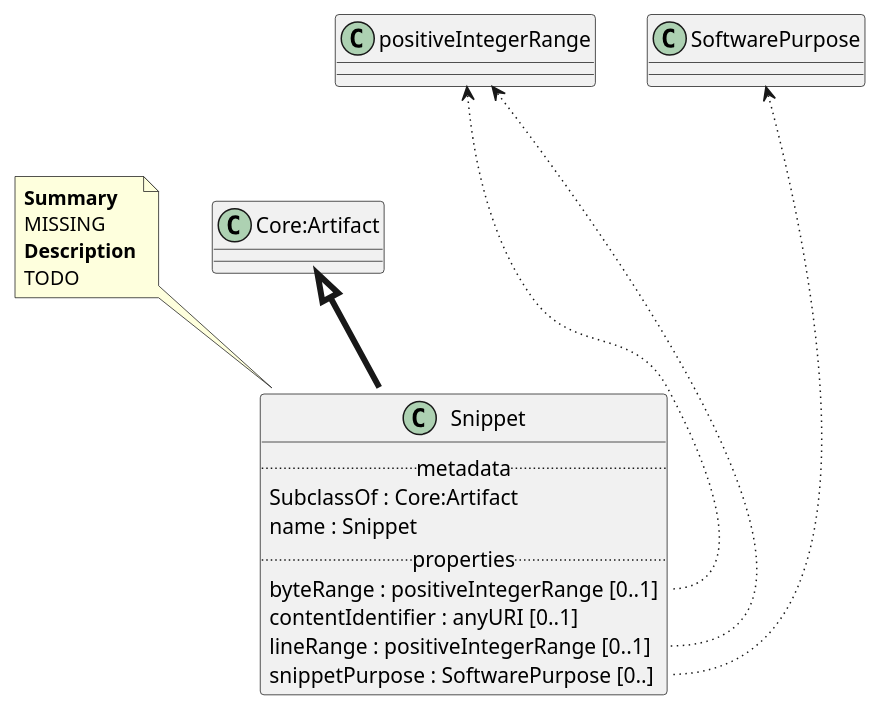
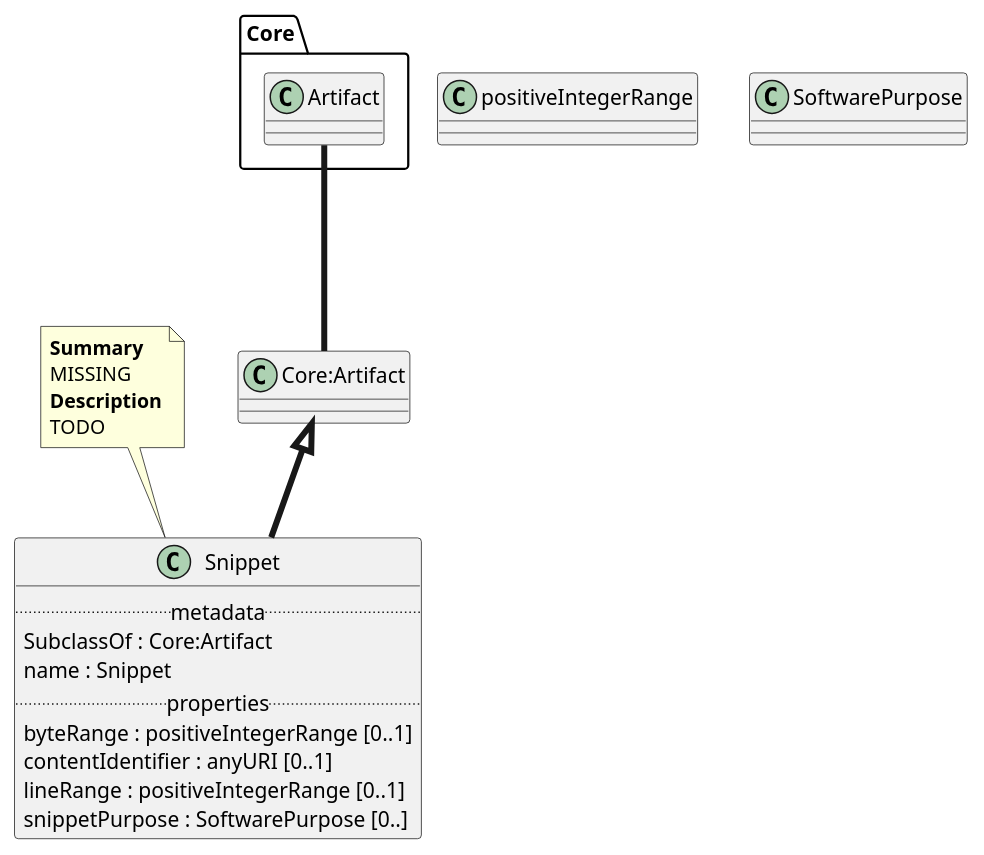
One commit to maxhbr/spec-parser.hs changed the diagram in puml/Snippet.Class.puml. Above: the diagram before and after it, drawn with PlantUML. The commit also changed 69 other files, not shown here.

```diff
--- a/puml/Snippet.Class.puml
+++ b/puml/Snippet.Class.puml
@@ -1,22 +1,24 @@
 @startuml
+set separator ::
 class Snippet {
 .. metadata ..
     SubclassOf : Core:Artifact
     name : Snippet
 .. properties ..
     byteRange : positiveIntegerRange [0..1]
     contentIdentifier : anyURI [0..1]
     lineRange : positiveIntegerRange [0..1]
     snippetPurpose : SoftwarePurpose [0..]
 }
 note top of Snippet
 <b>Summary</b>
 MISSING
 <b>Description</b>
 TODO
 end note
 "Core:Artifact" <|-[thickness=4]- "Snippet"
+"Core::Artifact" -[thickness=4]-- "Core:Artifact"
 "positiveIntegerRange" <-[dotted]-- "Snippet::byteRange"
 "positiveIntegerRange" <-[dotted]-- "Snippet::lineRange"
 "SoftwarePurpose" <-[dotted]-- "Snippet::snippetPurpose"
 @enduml
```
